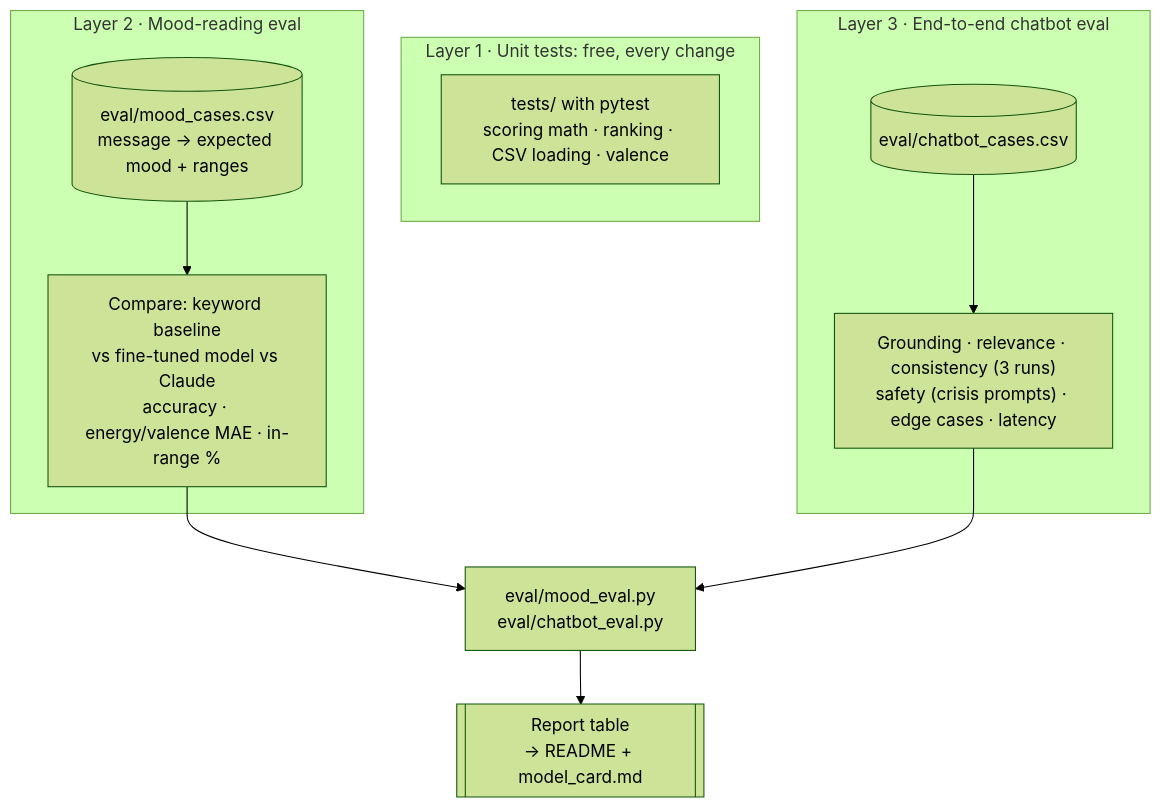
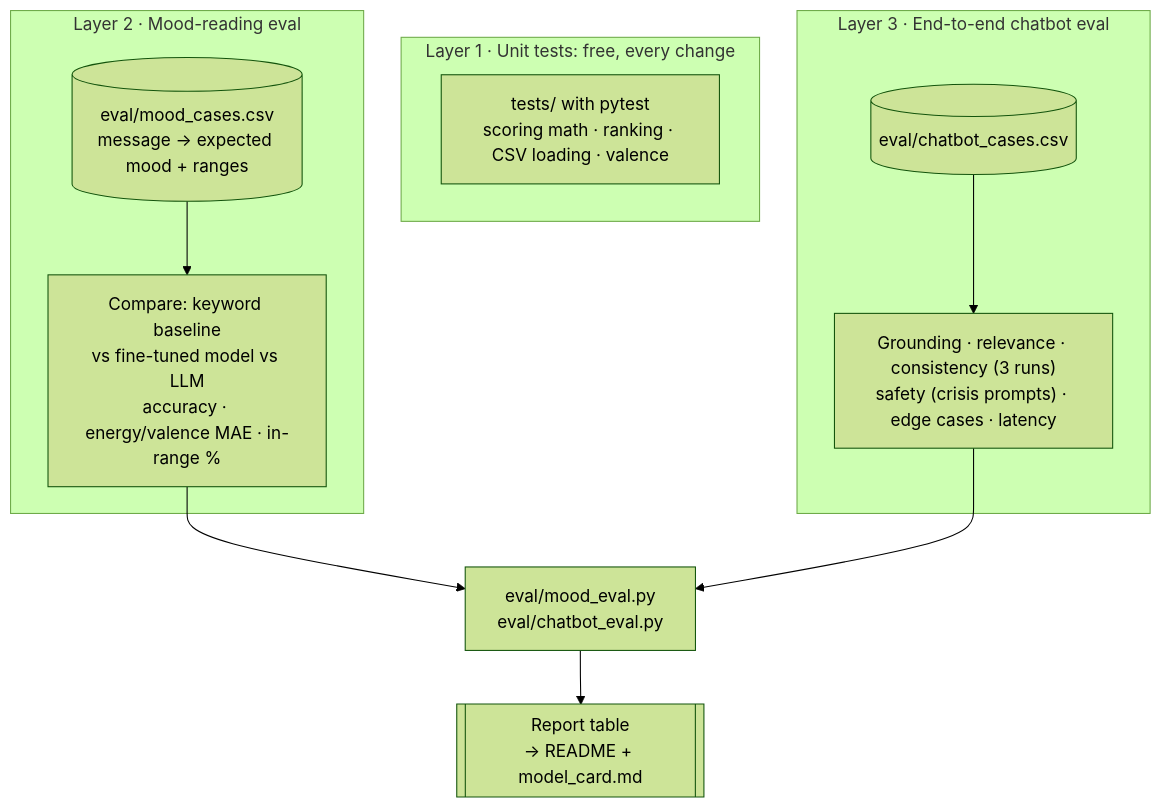
The fourth of 4 diagrams in diagrams/system.md (EthanRod267/applied-ai-system-TunedIn-project), drawn with Mermaid (forest theme) before and after one commit. The commit also changed other lines of this file and 10 other files, not shown here.

````diff
--- a/diagrams/system.md
+++ b/diagrams/system.md
@@ -94,22 +96,22 @@
 ```mermaid
 flowchart TB
     subgraph L1["Layer 1 · Unit tests: free, every change"]
         T1["tests/ with pytest<br/>scoring math · ranking · CSV loading · valence"]
     end
 
     subgraph L2["Layer 2 · Mood-reading eval"]
         C2[("eval/mood_cases.csv<br/>message → expected mood + ranges")]
-        E2["Compare: keyword baseline<br/>vs fine-tuned model vs Claude<br/>accuracy · energy/valence MAE · in-range %"]
+        E2["Compare: keyword baseline<br/>vs fine-tuned model vs LLM<br/>accuracy · energy/valence MAE · in-range %"]
         C2 --> E2
     end
 
     subgraph L3["Layer 3 · End-to-end chatbot eval"]
         C3[("eval/chatbot_cases.csv")]
         E3["Grounding · relevance · consistency (3 runs)<br/>safety (crisis prompts) · edge cases · latency"]
         C3 --> E3
     end
 
         E2 --> RUN
     E3 --> RUN
     RUN["eval/mood_eval.py<br/>eval/chatbot_eval.py"] --> REP[["Report table<br/>→ README + model_card.md"]]
 ```
````
